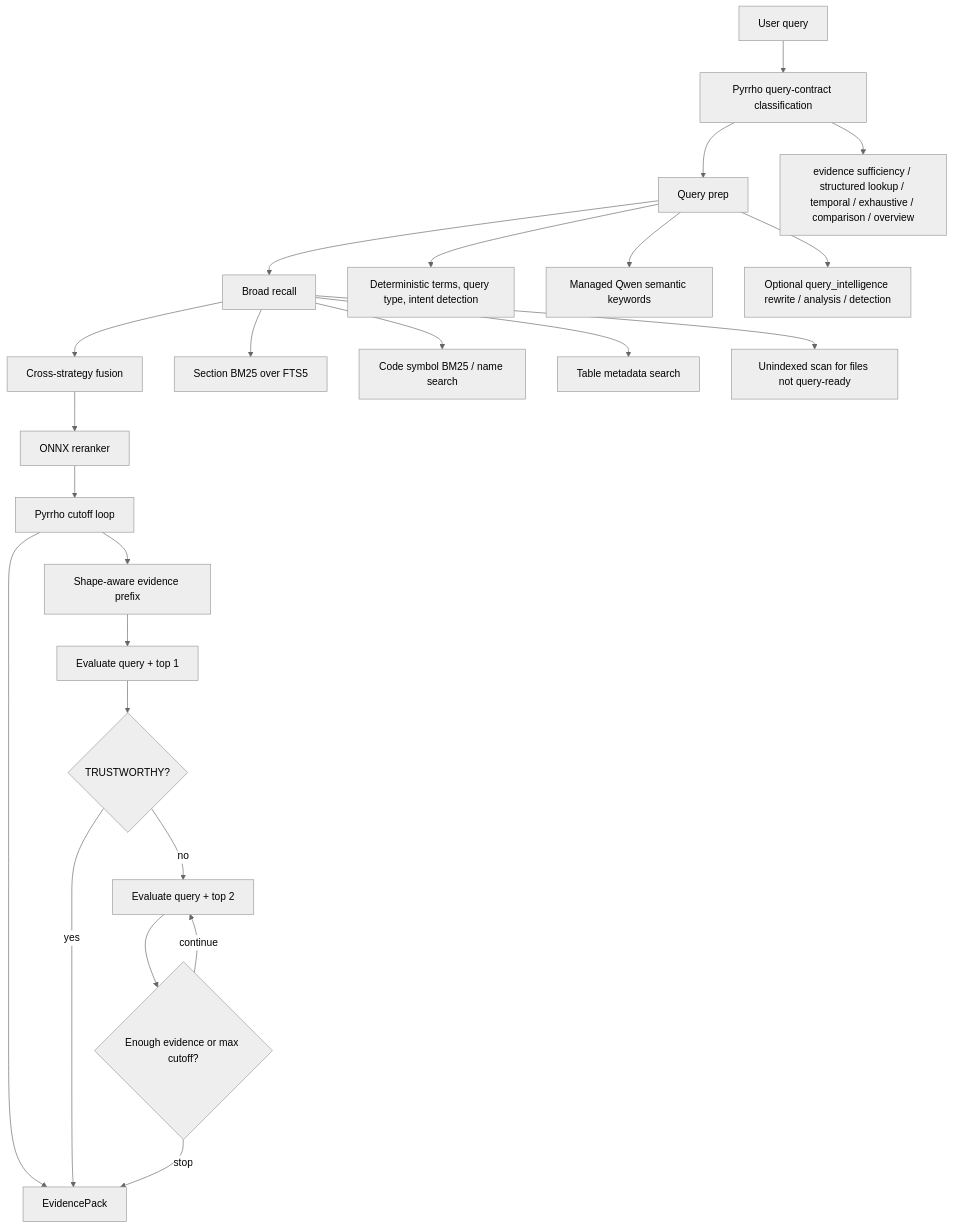
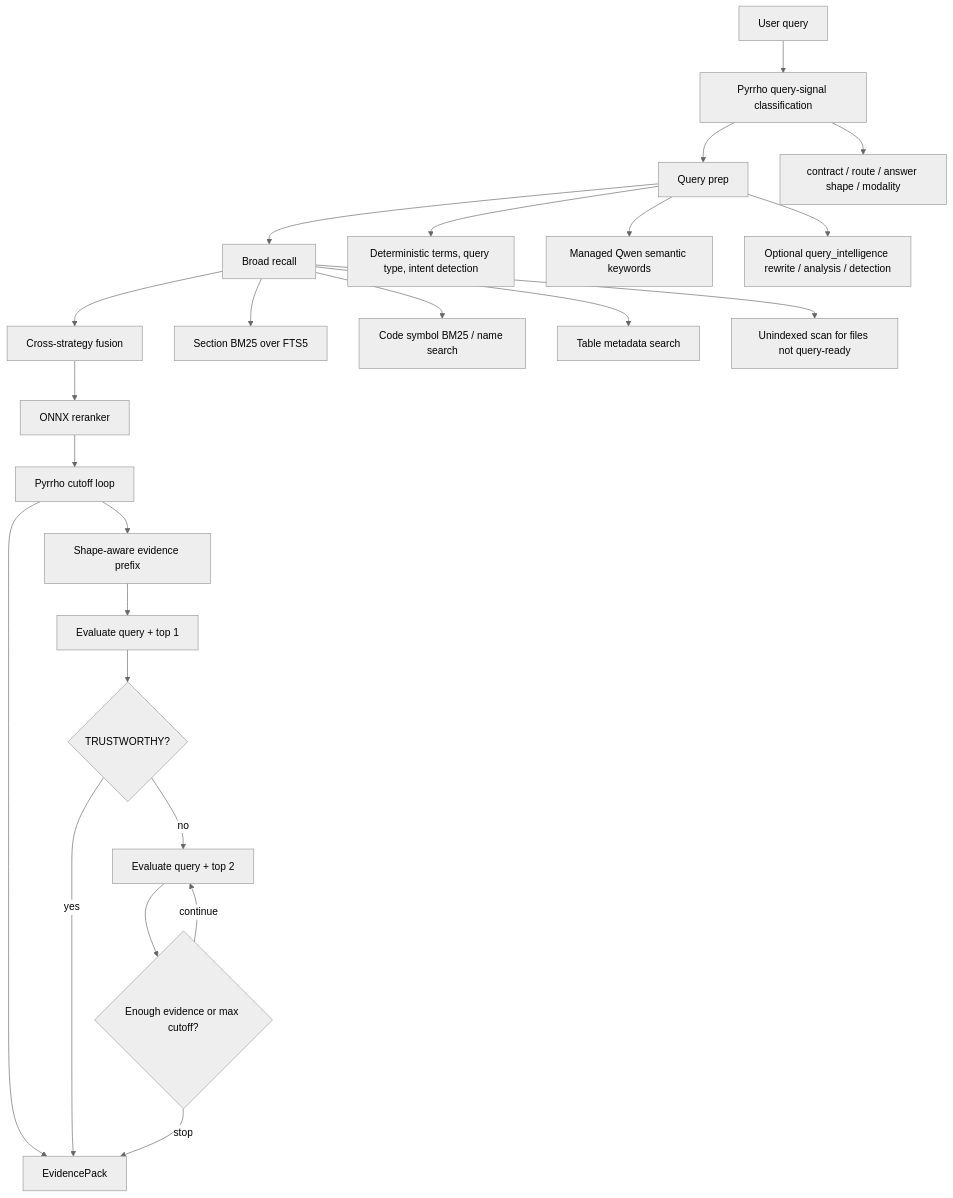
Before and after one commit to yafitzdev/fitz: the second of 4 diagrams in docs/RETRIEVAL_PIPELINE.md, drawn with Mermaid (neutral theme). The commit also changed other lines of this file and 14 other files, not shown here.

Commit message:
Use Pyrrho query signals before retrieval

````diff
--- a/docs/RETRIEVAL_PIPELINE.md
+++ b/docs/RETRIEVAL_PIPELINE.md
@@ -66,30 +66,30 @@
 ```mermaid
 flowchart TD
-    Q["User query"] --> C["Pyrrho query-contract classification"]
+    Q["User query"] --> C["Pyrrho query-signal classification"]
     C --> P["Query prep"]
     P --> R["Broad recall"]
     R --> X["Cross-strategy fusion"]
     X --> K["ONNX reranker"]
     K --> G["Pyrrho cutoff loop"]
     G --> E["EvidencePack"]
 
-    C --> C1["evidence sufficiency / structured lookup / temporal / exhaustive / comparison / overview"]
+    C --> C1["contract / route / answer shape / modality"]
 
     P --> P1["Deterministic terms, query type, intent detection"]
     P --> P2["Managed Qwen semantic keywords"]
     P --> P3["Optional query_intelligence rewrite / analysis / detection"]
 
     R --> R1["Section BM25 over FTS5"]
     R --> R2["Code symbol BM25 / name search"]
     R --> R3["Table metadata search"]
     R --> R4["Unindexed scan for files not query-ready"]
 
     G --> G1["Shape-aware evidence prefix"]
     G1 --> G2["Evaluate query + top 1"]
     G2 --> G3{"TRUSTWORTHY?"}
     G3 -->|"yes"| E
     G3 -->|"no"| G4["Evaluate query + top 2"]
     G4 --> G5{"Enough evidence or max cutoff?"}
     G5 -->|"continue"| G4
     G5 -->|"stop"| E
 ```
````
